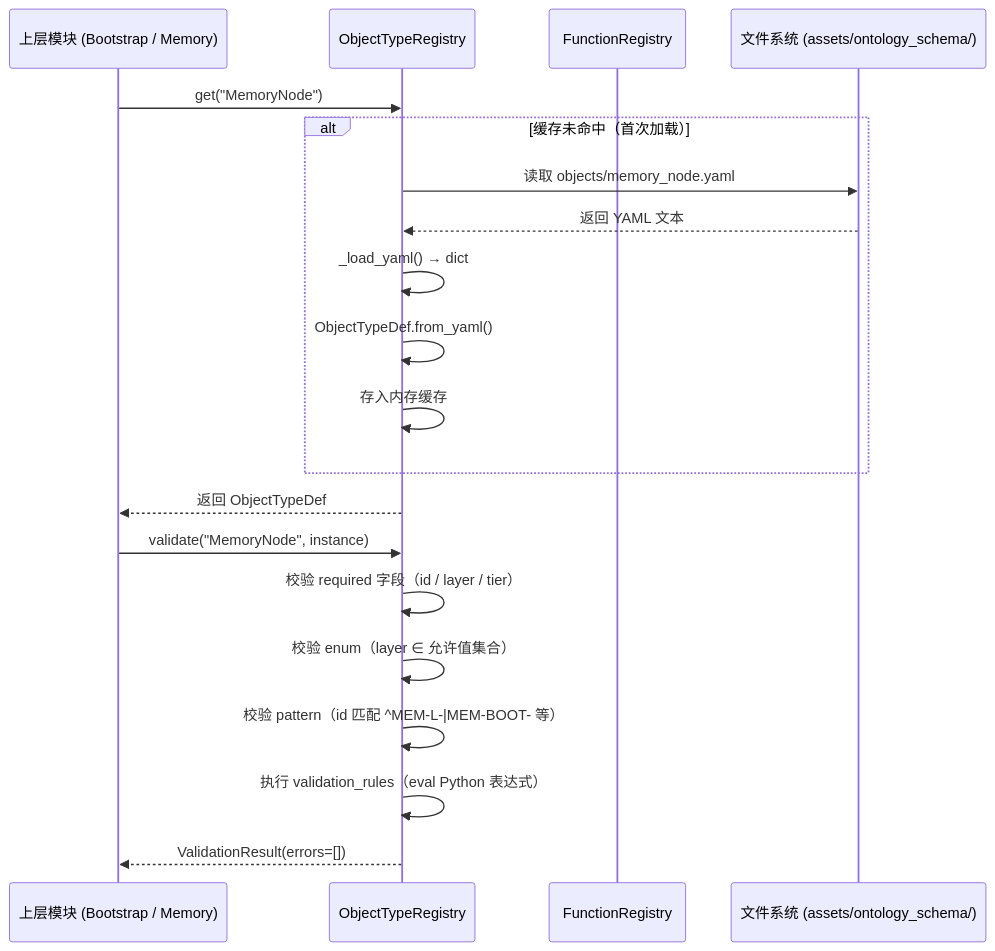
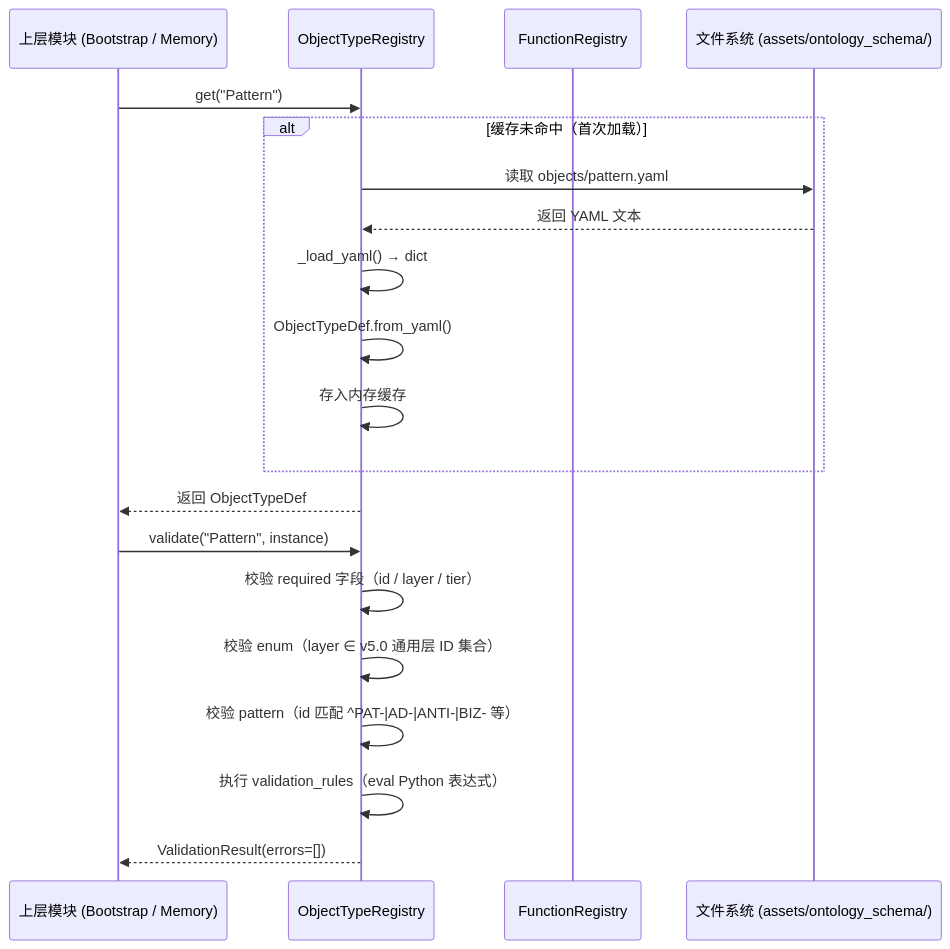
The first of 2 diagrams in src/mms/ontology/onto_readme.md (allengaoo/mms), drawn with Mermaid before and after one commit. The commit also changed other lines of this file and 4 other files, not shown here.

First line of the commit message:
docs: 全面更新 README 文件体系以反映 Schema v5.0 架构

````diff
--- a/src/mms/ontology/onto_readme.md
+++ b/src/mms/ontology/onto_readme.md
@@ -173,24 +186,24 @@
 ```mermaid
 sequenceDiagram
     participant Client as 上层模块 (Bootstrap / Memory)
     participant ObjReg as ObjectTypeRegistry
     participant FnReg as FunctionRegistry
     participant FS as 文件系统 (assets/ontology_schema/)
 
-    Client->>ObjReg: get("MemoryNode")
+    Client->>ObjReg: get("Pattern")
     alt 缓存未命中（首次加载）
-        ObjReg->>FS: 读取 objects/memory_node.yaml
+        ObjReg->>FS: 读取 objects/pattern.yaml
         FS-->>ObjReg: 返回 YAML 文本
         ObjReg->>ObjReg: _load_yaml() → dict
         ObjReg->>ObjReg: ObjectTypeDef.from_yaml()
         ObjReg->>ObjReg: 存入内存缓存
     end
     ObjReg-->>Client: 返回 ObjectTypeDef
 
-    Client->>ObjReg: validate("MemoryNode", instance)
+    Client->>ObjReg: validate("Pattern", instance)
     ObjReg->>ObjReg: 校验 required 字段（id / layer / tier）
-    ObjReg->>ObjReg: 校验 enum（layer ∈ 允许值集合）
-    ObjReg->>ObjReg: 校验 pattern（id 匹配 ^MEM-L-|MEM-BOOT- 等）
+    ObjReg->>ObjReg: 校验 enum（layer ∈ v5.0 通用层 ID 集合）
+    ObjReg->>ObjReg: 校验 pattern（id 匹配 ^PAT-|AD-|ANTI-|BIZ- 等）
     ObjReg->>ObjReg: 执行 validation_rules（eval Python 表达式）
     ObjReg-->>Client: ValidationResult(errors=[])  # 空列表 = 通过
 ```
````
